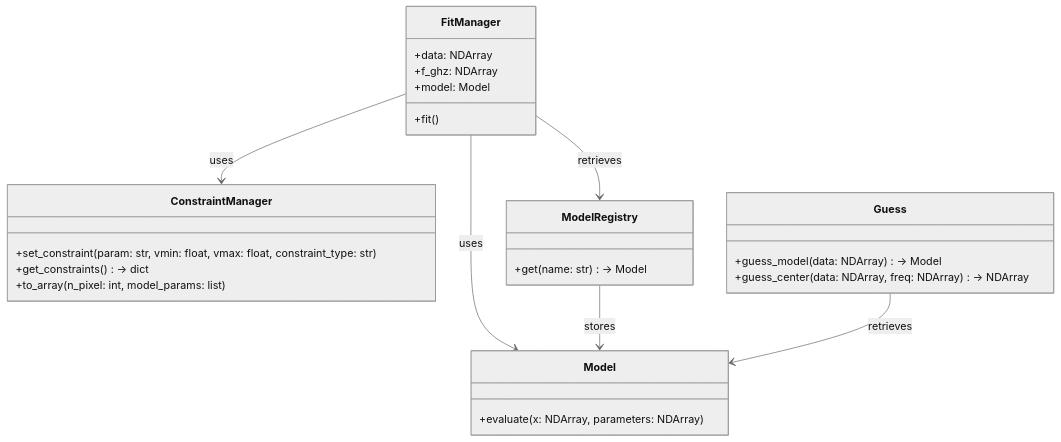
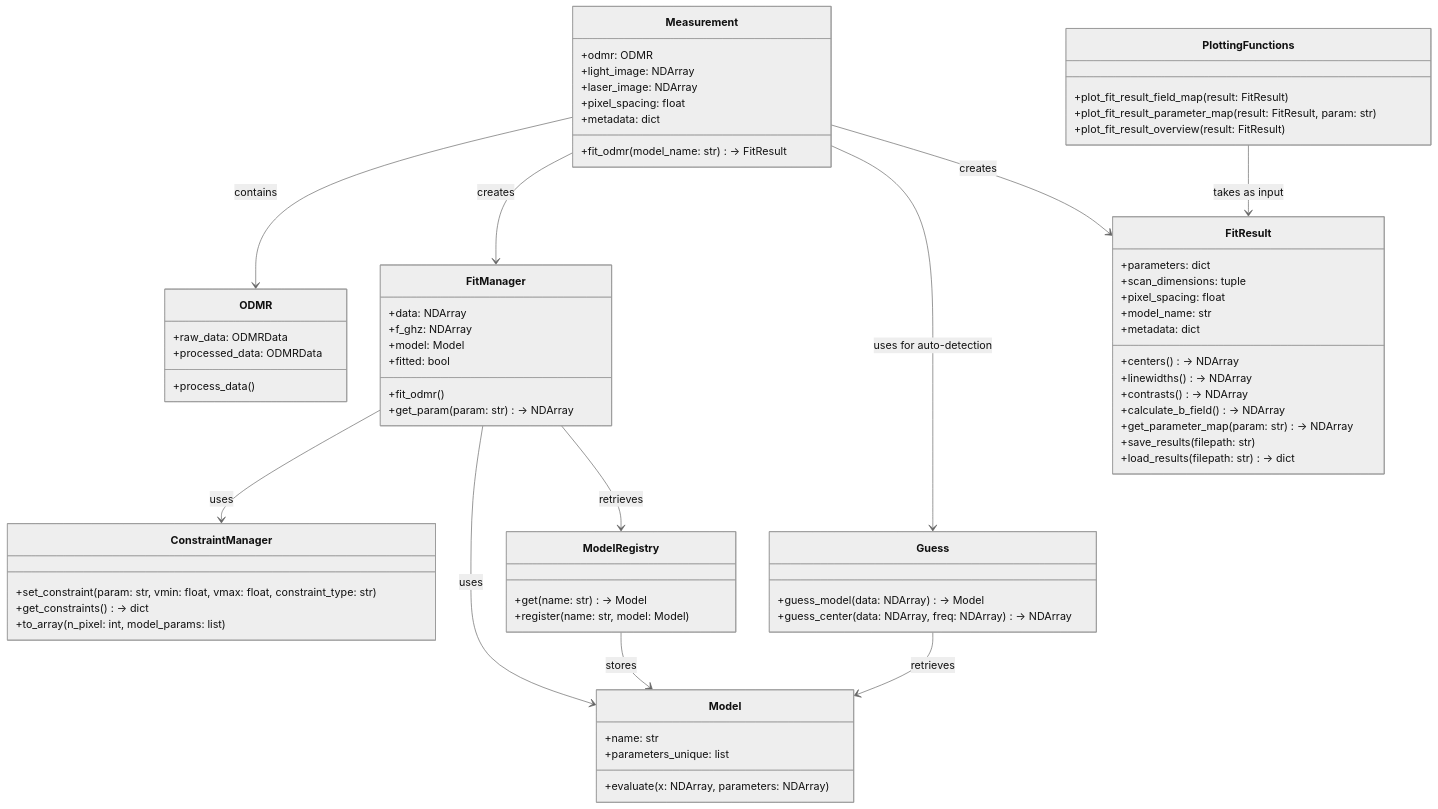
One commit to MikeVolk/qdmpy-core changed the diagram in classdiagram.mmd. Above: the diagram before and after it, drawn with Mermaid (neutral theme). The commit also changed 4 other files, not shown here.

First line of the commit message:
docs: Update architecture diagrams for new FitResult and Measurement integration

```diff
--- a/classdiagram.mmd
+++ b/classdiagram.mmd
@@ -1,32 +1,78 @@
 classDiagram
             class FitManager {
                 +data: NDArray
                 +f_ghz: NDArray
                 +model: Model
-                +fit()
+                +fitted: bool
+                +fit_odmr()
+                +get_param(param: str) -> NDArray
             }
 
             class ConstraintManager {
                 +set_constraint(param: str, vmin: float, vmax: float, constraint_type: str)
                 +get_constraints() -> dict
                 +to_array(n_pixel: int, model_params: list)
             }
 
             class Model {
+                +name: str
+                +parameters_unique: list
                 +evaluate(x: NDArray, parameters: NDArray)
             }
 
             class ModelRegistry {
                 +get(name: str) -> Model
+                +register(name: str, model: Model)
             }
 
             class Guess {
                 +guess_model(data: NDArray) -> Model
                 +guess_center(data: NDArray, freq: NDArray) -> NDArray
             }
 
+            class FitResult {
+                +parameters: dict
+                +scan_dimensions: tuple
+                +pixel_spacing: float
+                +model_name: str
+                +metadata: dict
+                +centers() -> NDArray
+                +linewidths() -> NDArray
+                +contrasts() -> NDArray
+                +calculate_b_field() -> NDArray
+                +get_parameter_map(param: str) -> NDArray
+                +save_results(filepath: str)
+                +load_results(filepath: str) -> dict
+            }
+
+            class Measurement {
+                +odmr: ODMR
+                +light_image: NDArray
+                +laser_image: NDArray
+                +pixel_spacing: float
+                +metadata: dict
+                +fit_odmr(model_name: str) -> FitResult
+            }
+
+            class ODMR {
+                +raw_data: ODMRData
+                +processed_data: ODMRData
+                +process_data()
+            }
+
+            class PlottingFunctions {
+                +plot_fit_result_field_map(result: FitResult)
+                +plot_fit_result_parameter_map(result: FitResult, param: str)
+                +plot_fit_result_overview(result: FitResult)
+            }
+
             FitManager --> ConstraintManager : uses
             FitManager --> Model : uses
             FitManager --> ModelRegistry : retrieves
             ModelRegistry --> Model : stores
             Guess --> Model : retrieves
+            Measurement --> ODMR : contains
+            Measurement --> FitManager : creates
+            Measurement --> Guess : uses for auto-detection
+            Measurement --> FitResult : creates
+            PlottingFunctions --> FitResult : takes as input
```
